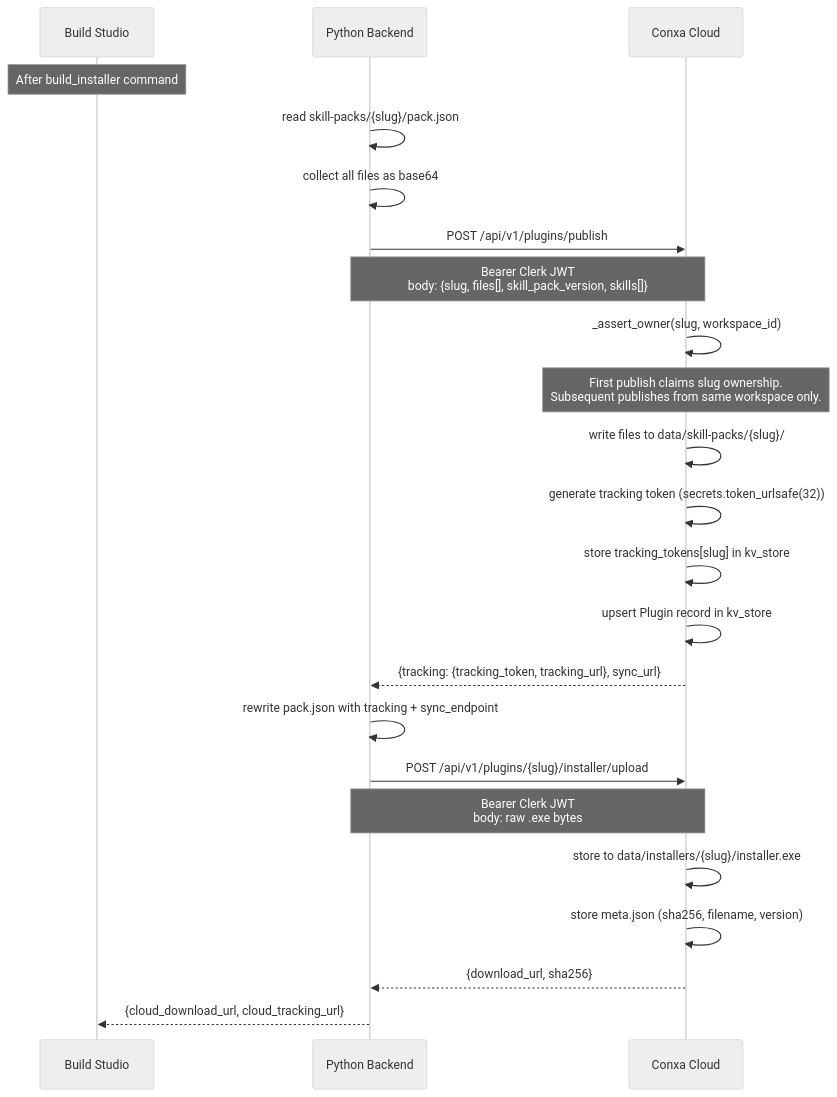
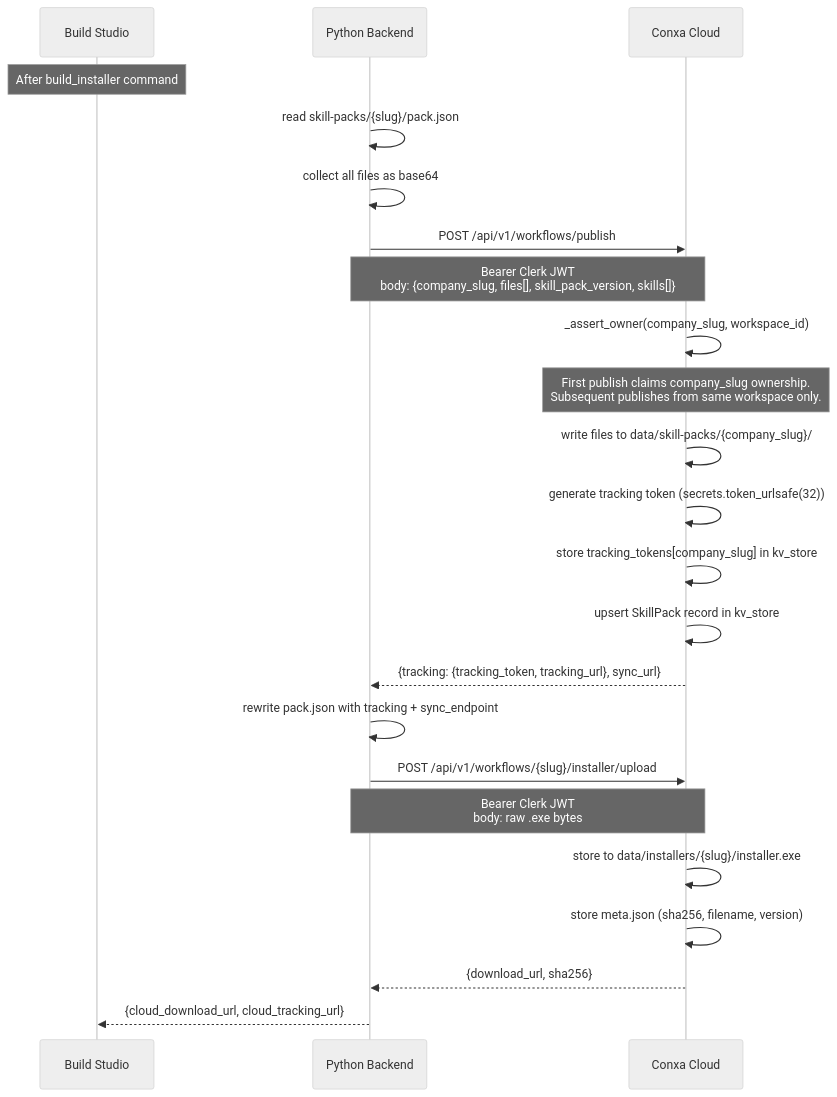
One commit to Cannonbold2412/CONXA changed the fourth of 7 diagrams in docs/TRD.md. Above: the diagram before and after it, drawn with Mermaid (neutral theme). The commit also changed other lines of this file and 8 other files, not shown here.

First line of the commit message:
docs: update TRD/PRD/Backend-Schema/UI-UX-Brief for Workflow/SkillPack and pricing ladder

````diff
--- a/docs/TRD.md
+++ b/docs/TRD.md
@@ -555,28 +556,28 @@
 ```mermaid
 sequenceDiagram
     participant Studio as Build Studio
     participant Backend as Python Backend
     participant Cloud as Conxa Cloud
 
     Note over Studio: After build_installer command
     Backend->>Backend: read skill-packs/{slug}/pack.json
     Backend->>Backend: collect all files as base64
-    Backend->>Cloud: POST /api/v1/plugins/publish
-    Note over Backend,Cloud: Bearer Clerk JWT<br/>body: {slug, files[], skill_pack_version, skills[]}
+    Backend->>Cloud: POST /api/v1/workflows/publish
+    Note over Backend,Cloud: Bearer Clerk JWT<br/>body: {company_slug, files[], skill_pack_version, skills[]}
     
-    Cloud->>Cloud: _assert_owner(slug, workspace_id)
-    Note over Cloud: First publish claims slug ownership.<br/>Subsequent publishes from same workspace only.
-    Cloud->>Cloud: write files to data/skill-packs/{slug}/
+    Cloud->>Cloud: _assert_owner(company_slug, workspace_id)
+    Note over Cloud: First publish claims company_slug ownership.<br/>Subsequent publishes from same workspace only.
+    Cloud->>Cloud: write files to data/skill-packs/{company_slug}/
     Cloud->>Cloud: generate tracking token (secrets.token_urlsafe(32))
-    Cloud->>Cloud: store tracking_tokens[slug] in kv_store
-    Cloud->>Cloud: upsert Plugin record in kv_store
+    Cloud->>Cloud: store tracking_tokens[company_slug] in kv_store
+    Cloud->>Cloud: upsert SkillPack record in kv_store
     Cloud-->>Backend: {tracking: {tracking_token, tracking_url}, sync_url}
     
     Backend->>Backend: rewrite pack.json with tracking + sync_endpoint
-    Backend->>Cloud: POST /api/v1/plugins/{slug}/installer/upload
+    Backend->>Cloud: POST /api/v1/workflows/{slug}/installer/upload
     Note over Backend,Cloud: Bearer Clerk JWT<br/>body: raw .exe bytes
     Cloud->>Cloud: store to data/installers/{slug}/installer.exe
     Cloud->>Cloud: store meta.json (sha256, filename, version)
     Cloud-->>Backend: {download_url, sha256}
     Backend-->>Studio: {cloud_download_url, cloud_tracking_url}
 ```
````
